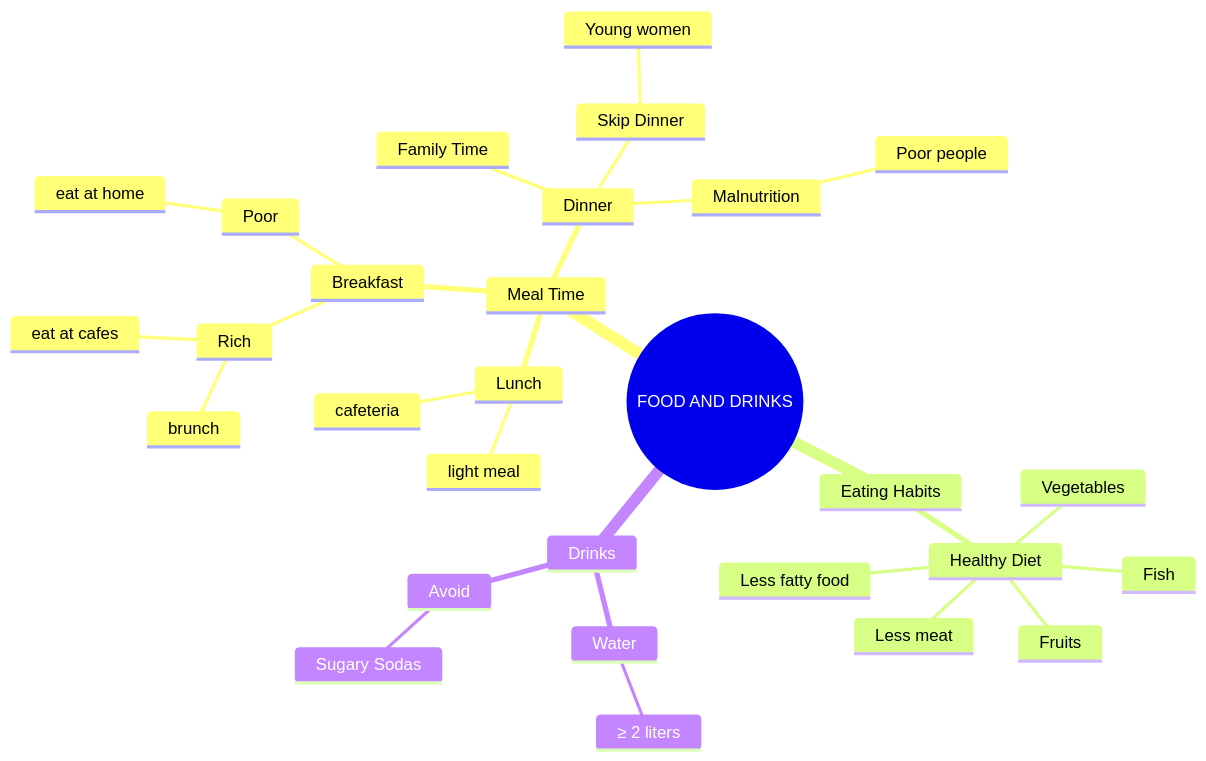
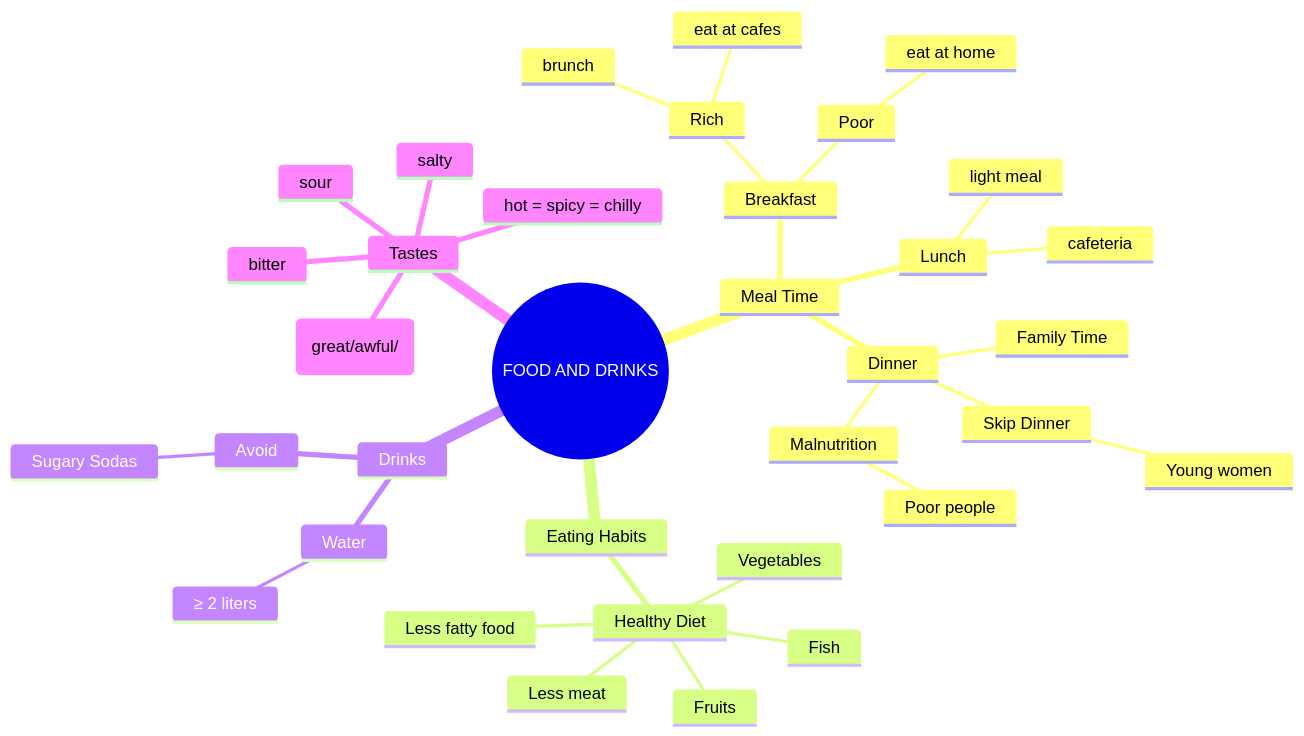
The diagram in Lesson05_FoodDrink/01_subject.md (aerovfx/aerolang), drawn with Mermaid before and after one commit. The commit also changed 1 other file, not shown here.

Commit message:
Save before pull

````diff
--- a/Lesson05_FoodDrink/01_subject.md
+++ b/Lesson05_FoodDrink/01_subject.md
@@ -1,32 +1,39 @@
 ```mermaid
 mindmap
   root((FOOD AND DRINKS))
     Meal Time
       Breakfast
         Poor
           eat at home
         Rich
           eat at cafes
           brunch
       Lunch
         light meal
         cafeteria
       Dinner
         Family Time
         Skip Dinner
           Young women
         Malnutrition
           Poor people
     Eating Habits
       Healthy Diet
         Vegetables
         Fruits
         Fish
         Less meat
         Less fatty food
     Drinks
       Water
         ≥ 2 liters
       Avoid
         Sugary Sodas
+    Tastes
+      sweet (great/awful/)
+      hot = spicy = chilly
+      bitter
+      sour
+      salty
+
 ```
````
